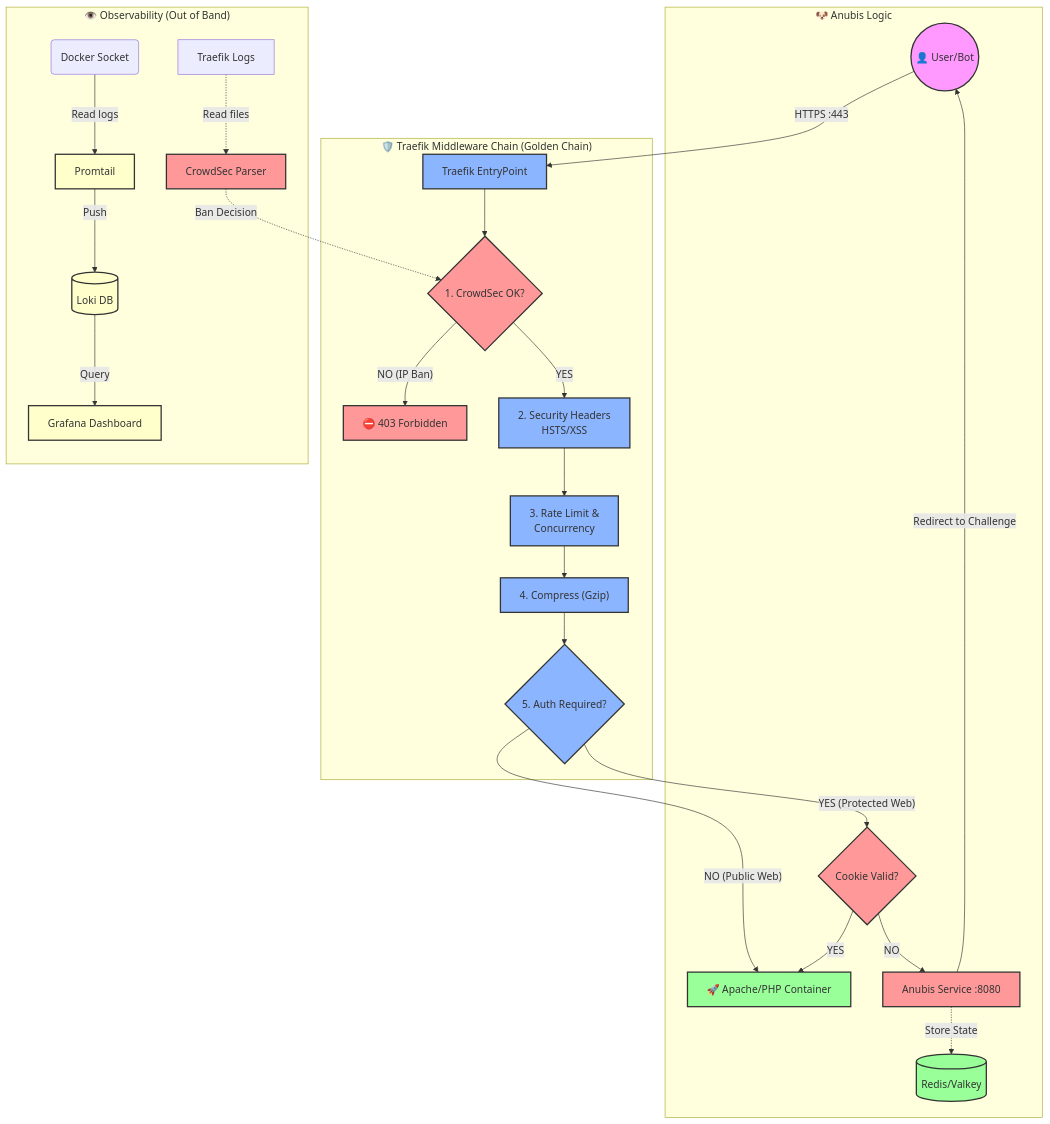
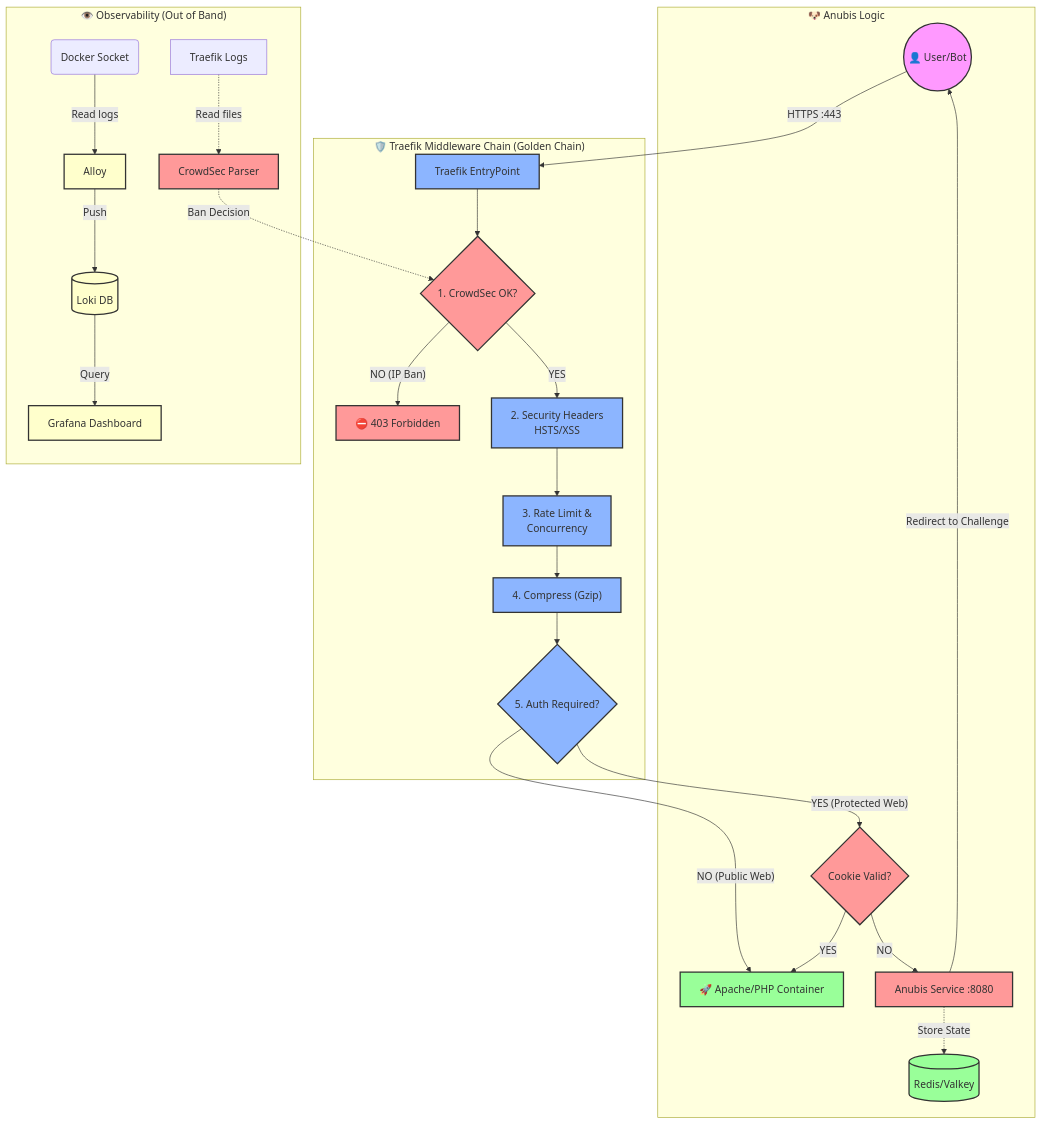
Before and after one commit to pinano/traefik-crowdsec-anubis-grafana: the diagram in README.md, drawn with Mermaid. The commit also changed other lines of this file and 3 other files, not shown here.

Commit message:
refactor: Replace Promtail with Alloy for log collection and observability.

````diff
--- a/README.md
+++ b/README.md
@@ -7,37 +7,37 @@
 ```mermaid
 graph TD
     %% Estilos
     classDef user fill:#f9f,stroke:#333,stroke-width:2px;
     classDef traefik fill:#8cb5ff,stroke:#333,stroke-width:2px;
     classDef security fill:#ff9999,stroke:#333,stroke-width:2px;
     classDef app fill:#99ff99,stroke:#333,stroke-width:2px;
     classDef observ fill:#ffffcc,stroke:#333,stroke-width:2px;
 
     User((👤 User/Bot)):::user -->|HTTPS :443| T_Entry[Traefik EntryPoint]:::traefik
 
     subgraph "🛡️ Traefik Middleware Chain (Golden Chain)"
         T_Entry --> MW_CS{1. CrowdSec OK?}:::security
         MW_CS -- NO (IP Ban) --> Block[⛔ 403 Forbidden]:::security
         MW_CS -- YES --> MW_Sec["2. Security Headers<br>HSTS/XSS"]:::traefik
         MW_Sec --> MW_RL["3. Rate Limit &<br>Concurrency"]:::traefik
         MW_RL --> MW_Comp["4. Compress (Gzip)"]:::traefik
         MW_Comp --> MW_Auth{5. Auth Required?}:::traefik
     end
 
     subgraph "🐶 Anubis Logic"
         MW_Auth -- NO (Public Web) --> Backend
         MW_Auth -- YES (Protected Web) --> Check_Auth{"Cookie Valid?"}:::security
         Check_Auth -- YES --> Backend[🚀 Apache/PHP Container]:::app
         Check_Auth -- NO --> Anubis_Svc[Anubis Service :8080]:::security
         Anubis_Svc -->|Redirect to Challenge| User
         Anubis_Svc -.->|Store State| Redis[(Redis/Valkey)]:::app
     end
 
     subgraph "👁️ Observability (Out of Band)"
-        Docker_Sock(Docker Socket) -->|Read logs| Promtail:::observ
-        Promtail -->|Push| Loki[(Loki DB)]:::observ
+        Docker_Sock(Docker Socket) -->|Read logs| Alloy:::observ
+        Alloy -->|Push| Loki[(Loki DB)]:::observ
         Loki -->|Query| Grafana[Grafana Dashboard]:::observ
         Traefik_Logs[Traefik Logs] -.->|Read files| CrowdSec_Agent[CrowdSec Parser]:::security
         CrowdSec_Agent -.->|Ban Decision| MW_CS
     end
 ```
````
